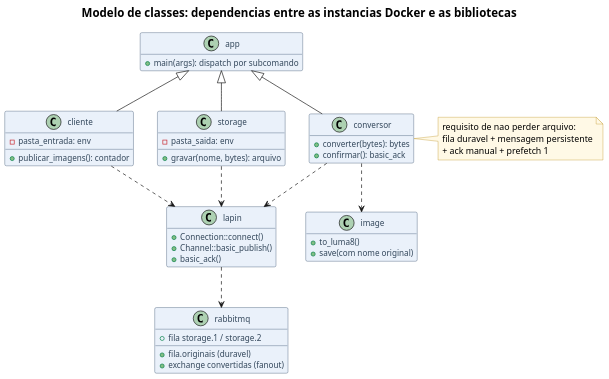
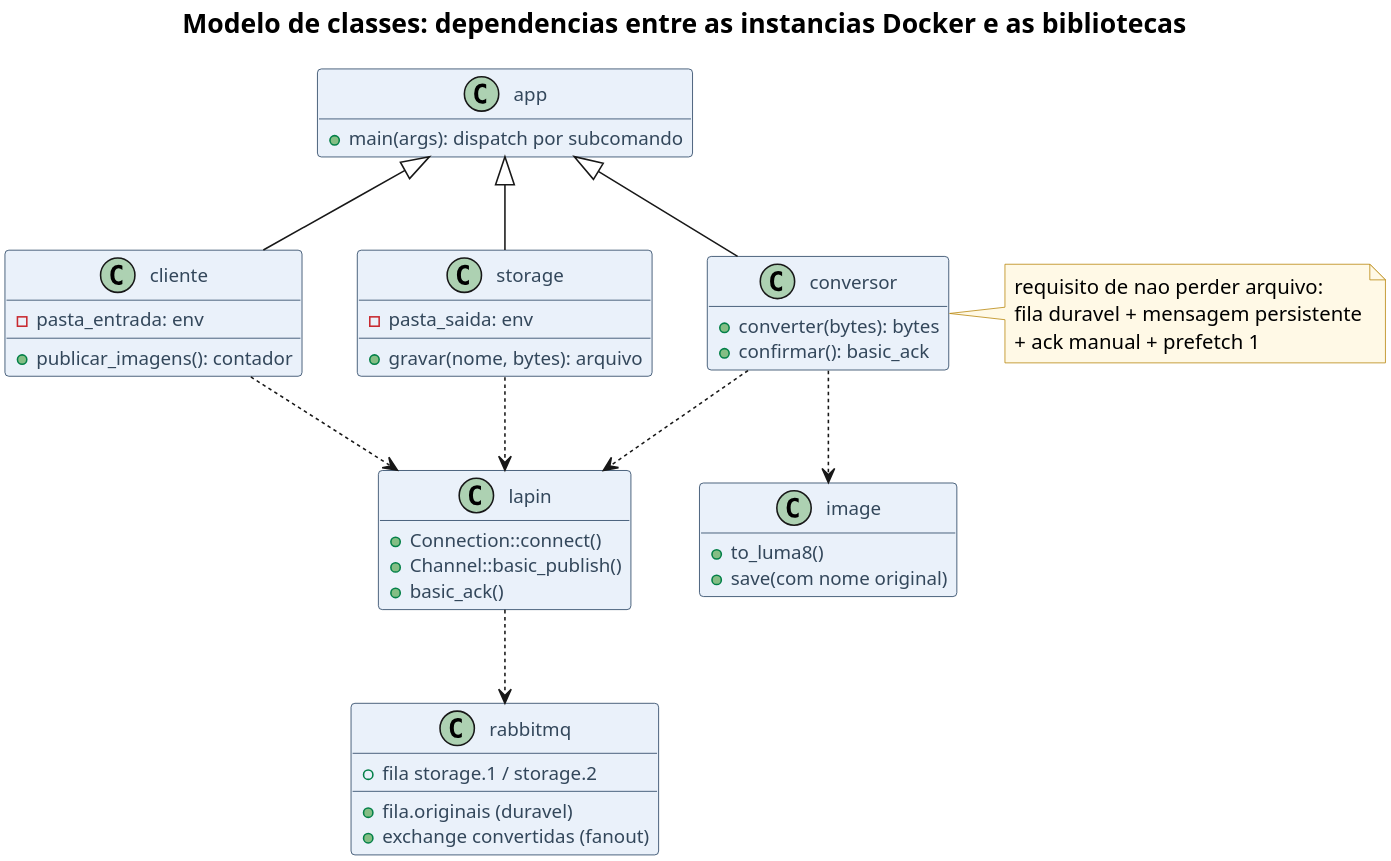
One commit to ysrael12/rabbit_mq changed the diagram in docs/uml/04 classes dependencias.puml. Above: the diagram before and after it, drawn with PlantUML. The commit also changed 23 other files, not shown here.

Commit message:
docs: diagramas em 300dpi, diagrama 12 enxuto (quebras de linha e arestas redundantes)

```diff
--- a/docs/uml/04 classes dependencias.puml
+++ b/docs/uml/04 classes dependencias.puml
@@ -1,72 +1,72 @@
 @startuml
 skinparam shadowing false
-skinparam dpi 130
+skinparam dpi 300
 skinparam defaultFontName "Segoe UI"
 skinparam class {
   BackgroundColor #EAF1FA
   BorderColor #1F3B5C
   FontColor #12314F
   AttributeFontSize 12
   AttributeFontColor #33475B
 }
 skinparam note {
   BackgroundColor #FFF9E6
   BorderColor #B8860B
 }
 hide empty members
 top to bottom direction
 
 title <size:17>Modelo de classes: dependencias entre as instancias Docker e as bibliotecas</size>
 
 class "app" as APP {
   + main(args): dispatch por subcomando
 }
 
 class "cliente" as CLI {
   - pasta_entrada: env
   + publicar_imagens(): contador
 }
 
 class "conversor" as CONV {
   + converter(bytes): bytes
   + confirmar(): basic_ack
 }
 
 class "storage" as STOR {
   - pasta_saida: env
   + gravar(nome, bytes): arquivo
 }
 
 class "lapin" as LAPIN {
   + Connection::connect()
   + Channel::basic_publish()
   + basic_ack()
 }
 
 class "image" as IMG {
   + to_luma8()
   + save(com nome original)
 }
 
 class "rabbitmq" as MQ {
   + fila.originais (duravel)
   + exchange convertidas (fanout)
   + fila storage.1 / storage.2
 }
 
 APP <|-- CLI
 APP <|-- CONV
 APP <|-- STOR
 
 CLI ..> LAPIN
 CONV ..> LAPIN
 STOR ..> LAPIN
 CONV ..> IMG
 LAPIN ..> MQ
 
 note right of CONV
   requisito de nao perder arquivo:
   fila duravel + mensagem persistente
   + ack manual + prefetch 1
 end note
 @enduml
```
